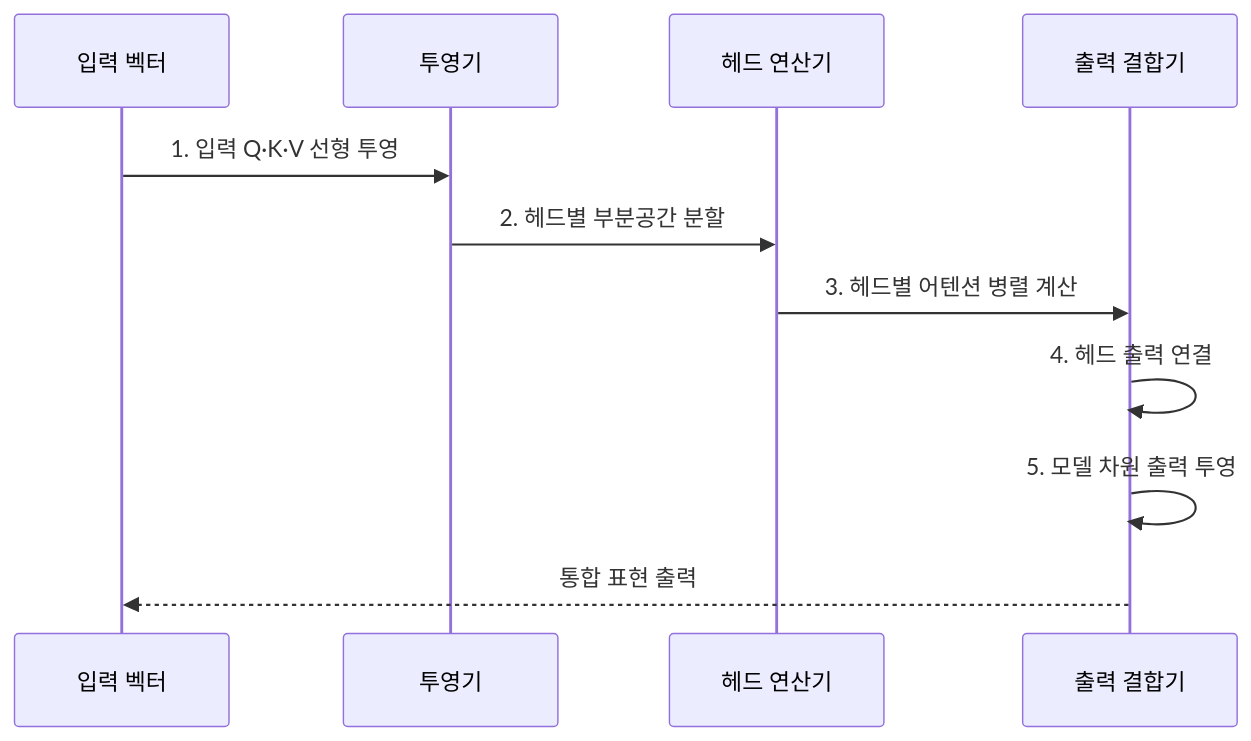
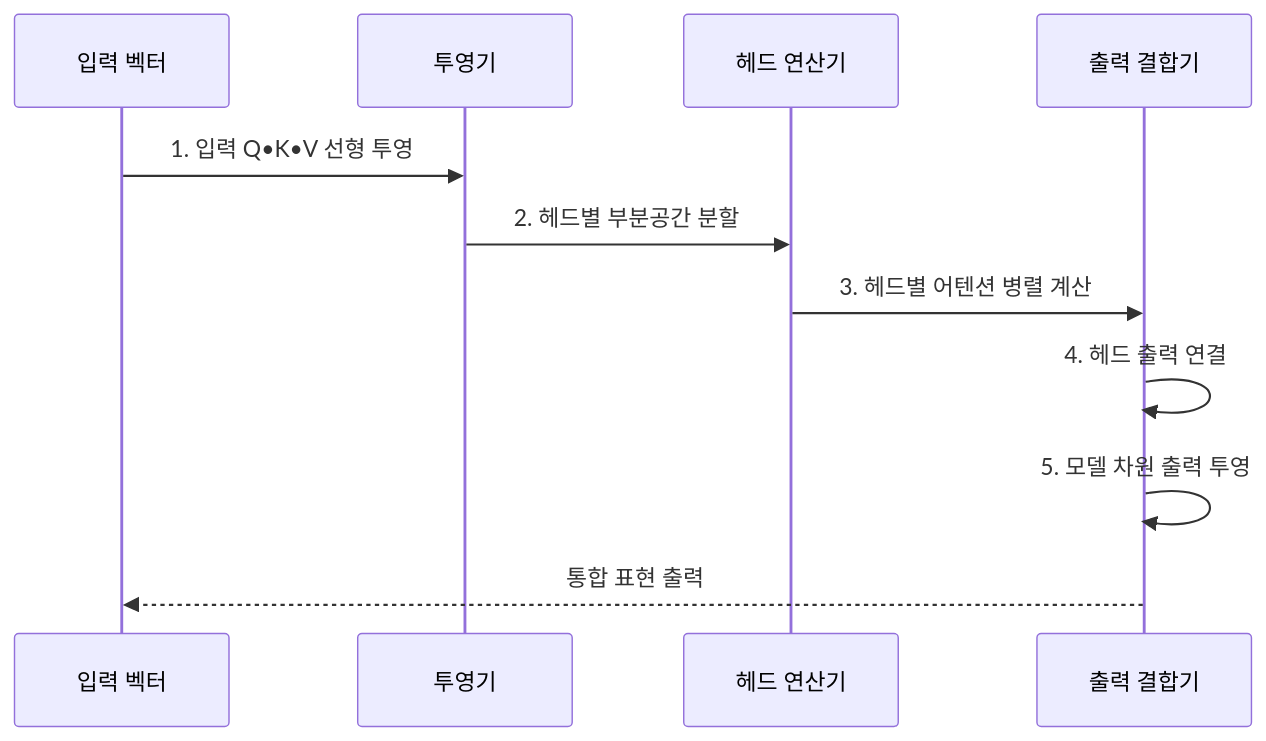
The second of 2 diagrams in src/content/docs/notes/08-latest-tech/030_multi_head_attention.md (agnusdei1207/knowledge-base), drawn with Mermaid before and after one commit. The commit also changed other lines of this file and 953 other files, not shown here.

````diff
--- a/src/content/docs/notes/08-latest-tech/030_multi_head_attention.md
+++ b/src/content/docs/notes/08-latest-tech/030_multi_head_attention.md
@@ -104,13 +104,13 @@
 ```mermaid
 sequenceDiagram
     participant I as 입력 벡터
     participant P as 투영기
     participant H as 헤드 연산기
     participant C as 출력 결합기
-    I->>P: 1. 입력 Q·K·V 선형 투영
+    I->>P: 1. 입력 Q•K•V 선형 투영
     P->>H: 2. 헤드별 부분공간 분할
     H->>C: 3. 헤드별 어텐션 병렬 계산
     C->>C: 4. 헤드 출력 연결
     C->>C: 5. 모델 차원 출력 투영
     C-->>I: 통합 표현 출력
 ```
````
